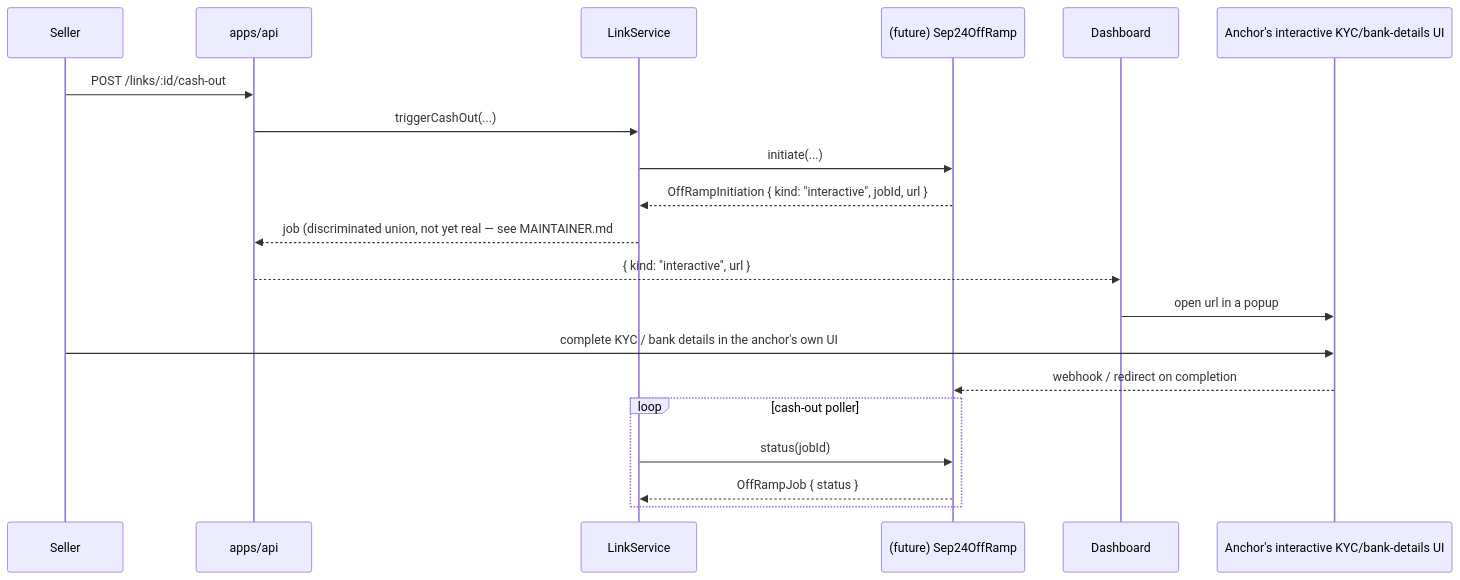
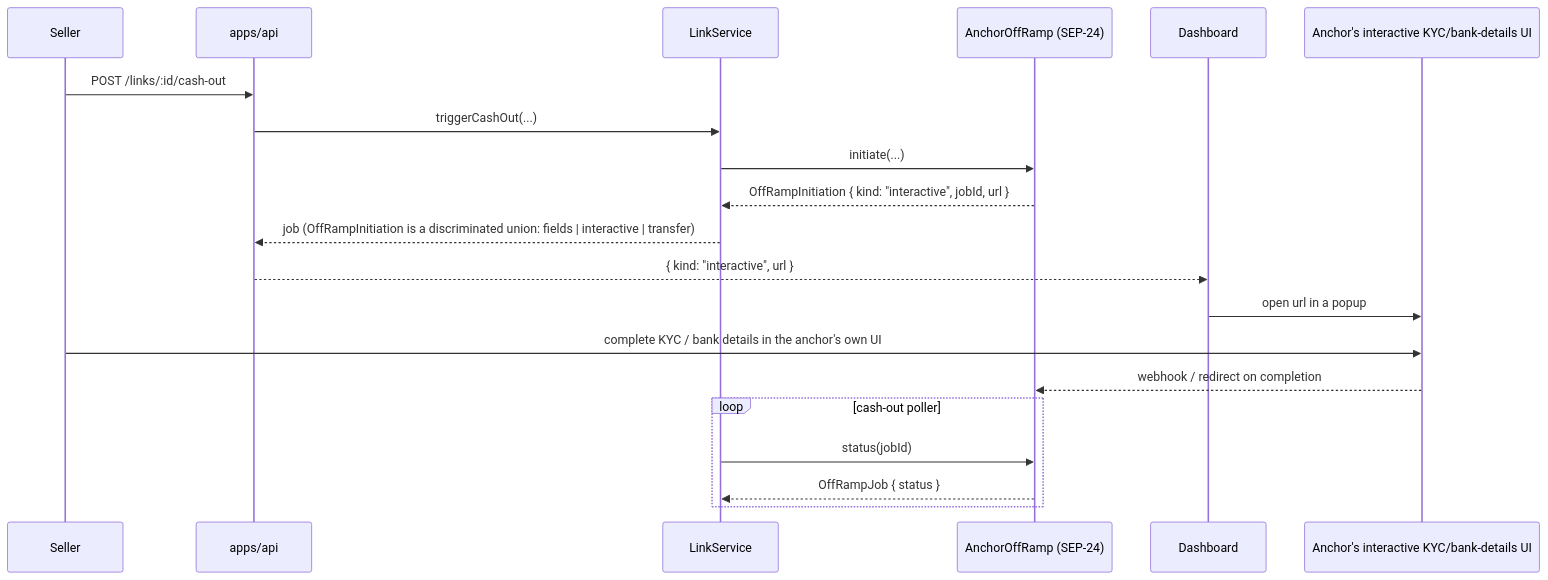
Before and after one commit to determined-001/Quay: the fifth of 6 diagrams in docs/ARCHITECTURE.md, drawn with Mermaid. The commit also changed other lines of this file and 259 other files, not shown here.

````diff
--- a/docs/ARCHITECTURE.md
+++ b/docs/ARCHITECTURE.md
@@ -254,23 +268,23 @@
 ```mermaid
 sequenceDiagram
   participant Seller
   participant API as apps/api
   participant LS as LinkService
-  participant Anchor as (future) Sep24OffRamp
+  participant Anchor as AnchorOffRamp (SEP-24)
   participant Dashboard
   participant AnchorUI as Anchor's interactive KYC/bank-details UI
 
   Seller->>API: POST /links/:id/cash-out
   API->>LS: triggerCashOut(...)
   LS->>Anchor: initiate(...)
   Anchor-->>LS: OffRampInitiation { kind: "interactive", jobId, url }
-  LS-->>API: job (discriminated union, not yet real — see MAINTAINER.md #1)
+  LS-->>API: job (OffRampInitiation is a discriminated union: fields | interactive | transfer)
   API-->>Dashboard: { kind: "interactive", url }
   Dashboard->>AnchorUI: open url in a popup
   Seller->>AnchorUI: complete KYC / bank details in the anchor's own UI
   AnchorUI-->>Anchor: webhook / redirect on completion
   loop cash-out poller
     LS->>Anchor: status(jobId)
     Anchor-->>LS: OffRampJob { status }
   end
 ```
````
